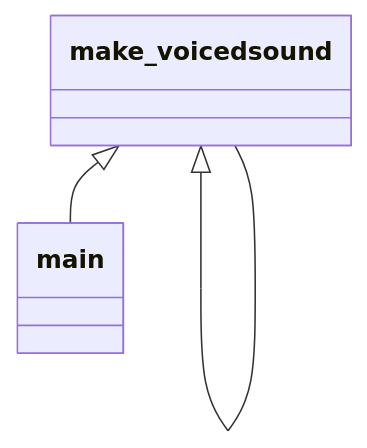
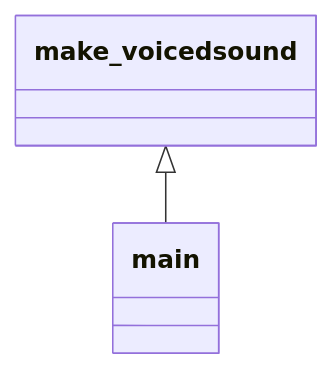
Before and after one commit to landmaster135/landmasterlibrary: the third of 3 diagrams in README.md, drawn with Mermaid.

````diff
--- a/README.md
+++ b/README.md
@@ -254,9 +254,8 @@
 ```mermaid
 classDiagram
-  make_voicedsound <|-- make_voicedsound
   make_voicedsound <|-- main
   class make_voicedsound{
   }
   class main{
   }
 ```
````
